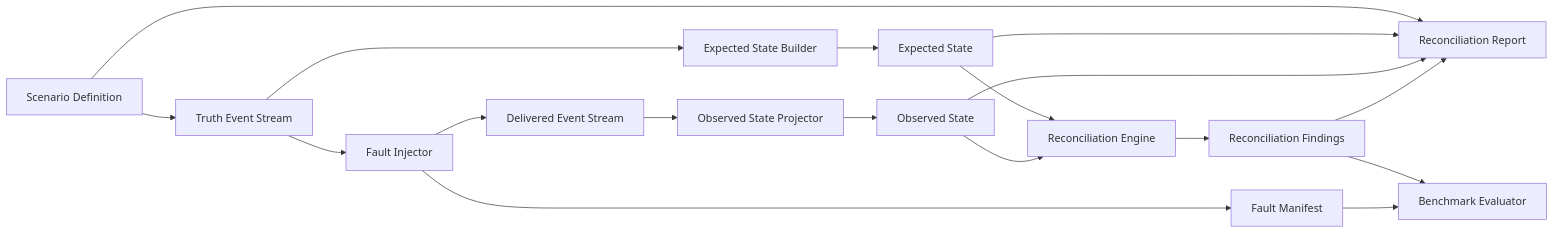
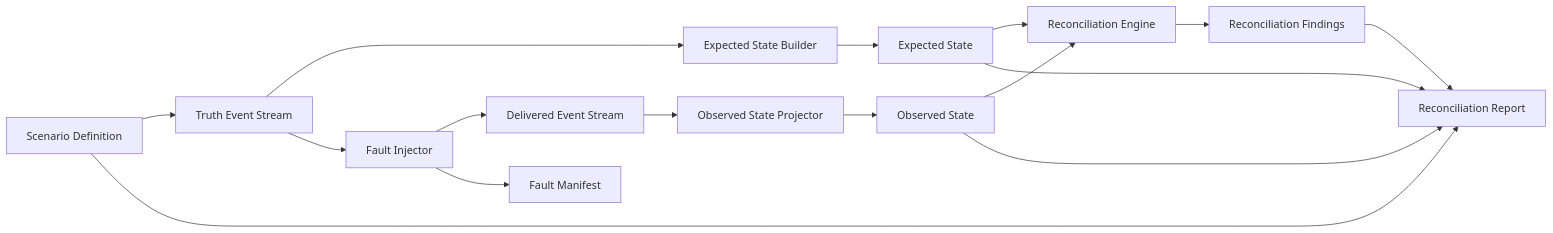
Before and after one commit to fuatn1/fin-recon-lab: the diagram in README.md, drawn with Mermaid. The commit also changed other lines of this file and 9 other files, not shown here.

Commit message:
docs: define operational reconciliation roadmap

````diff
--- a/README.md
+++ b/README.md
@@ -35,20 +35,18 @@
 ```mermaid
 flowchart LR
     A[Scenario Definition] --> B[Truth Event Stream]
     B --> C[Expected State Builder]
     C --> D[Expected State]
     B --> E[Fault Injector]
     E --> F[Delivered Event Stream]
     F --> G[Observed State Projector]
     G --> H[Observed State]
     D --> I[Reconciliation Engine]
     H --> I
     I --> J[Reconciliation Findings]
     A --> M[Reconciliation Report]
     D --> M
     H --> M
     J --> M
     E --> K[Fault Manifest]
-    J --> L[Benchmark Evaluator]
-    K --> L
 ```
````
